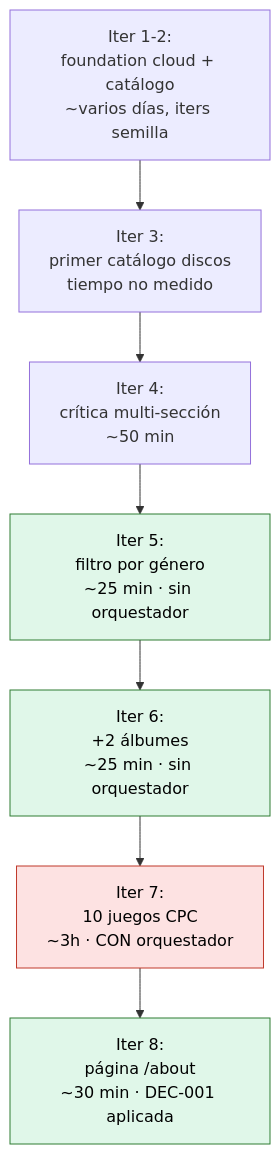
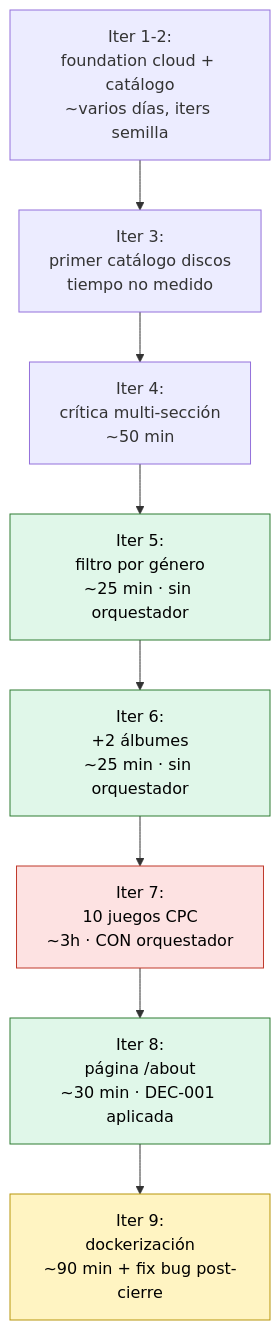
Before and after one commit to juananmora/adlc-claude-code-workspace: the ninth of 10 diagrams in docs/adlc-workflow.md, drawn with Mermaid. The commit also changed other lines of this file and 2 other files, not shown here.

First line of the commit message:
docs: actualizar README + docs/adlc-workflow.md con iter-9 (dockerización)

````diff
--- a/docs/adlc-workflow.md
+++ b/docs/adlc-workflow.md
@@ -828,14 +873,16 @@
 ```mermaid
 flowchart TB
     A[Iter 1-2:<br/>foundation cloud + catálogo<br/>~varios días, iters semilla] --> B[Iter 3:<br/>primer catálogo discos<br/>tiempo no medido]
     B --> C[Iter 4:<br/>crítica multi-sección<br/>~50 min]
     C --> D[Iter 5:<br/>filtro por género<br/>~25 min · sin orquestador]
     D --> E[Iter 6:<br/>+2 álbumes<br/>~25 min · sin orquestador]
     E --> F[Iter 7:<br/>10 juegos CPC<br/>~3h · CON orquestador]
     F --> G[Iter 8:<br/>página /about<br/>~30 min · DEC-001 aplicada]
+    G --> H[Iter 9:<br/>dockerización<br/>~90 min + fix bug post-cierre]
 
     style F fill:#fde2e2,stroke:#c0392b,color:#000
     style D fill:#e0f7e9,stroke:#2e7d32,color:#000
     style E fill:#e0f7e9,stroke:#2e7d32,color:#000
     style G fill:#e0f7e9,stroke:#2e7d32,color:#000
+    style H fill:#fff4c2,stroke:#b7950b,color:#000
 ```
````
